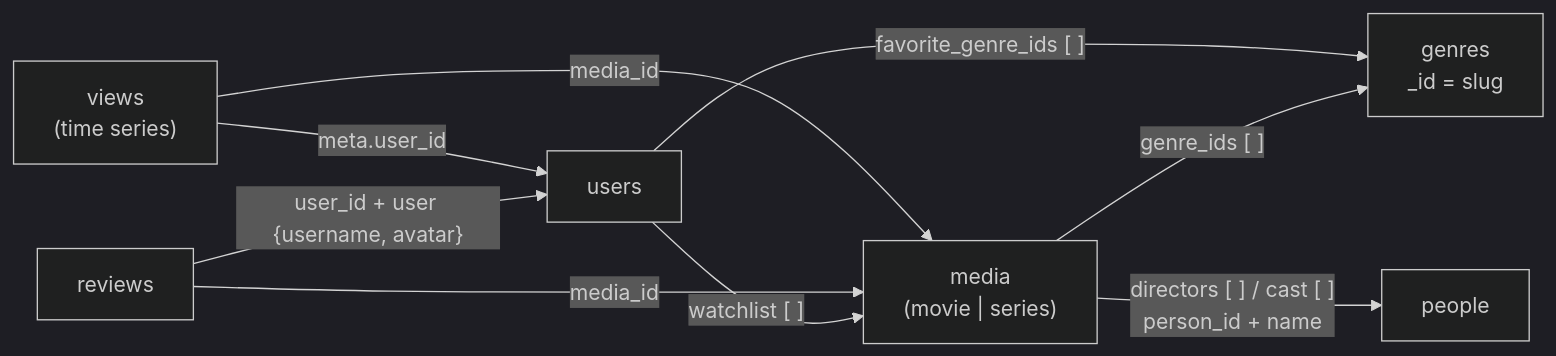
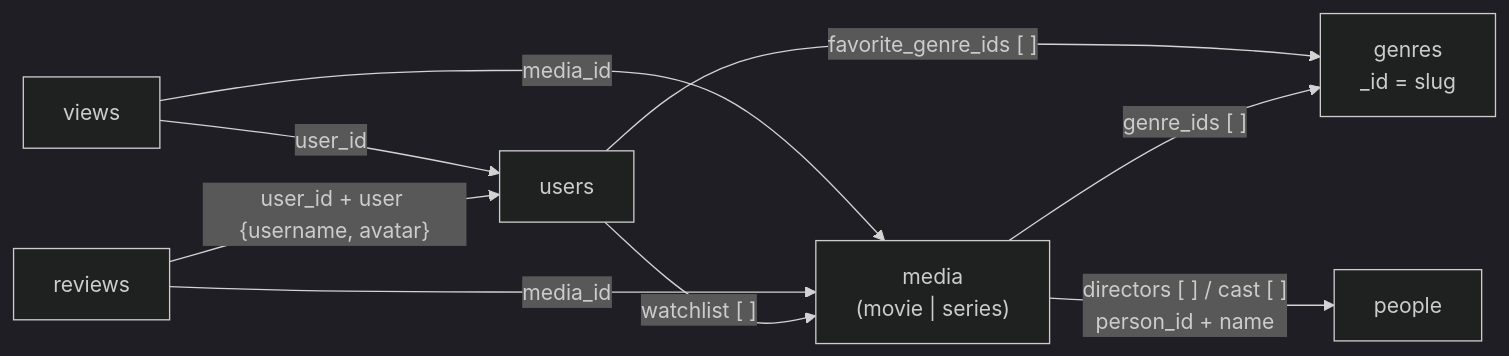
One commit to AugustoGiuffrida/Proyecto_DB2 changed the diagram in colecciones.md. Above: the diagram before and after it, drawn with Mermaid (dark theme). The commit also changed other lines of this file and 17 other files, not shown here.

````diff
--- a/colecciones.md
+++ b/colecciones.md
@@ -16,18 +16,18 @@
 ```mermaid
 flowchart LR
     genres["genres<br/>_id = slug"]
     people["people"]
     media["media<br/>(movie | series)"]
     users["users"]
     reviews["reviews"]
-    views["views<br/>(time series)"]
+    views["views"]
 
     media -- "genre_ids [ ]" --> genres
     media -- "directors [ ] / cast [ ]<br/>person_id + name" --> people
     users -- "watchlist [ ]" --> media
     users -- "favorite_genre_ids [ ]" --> genres
     reviews -- "media_id" --> media
     reviews -- "user_id + user {username, avatar}" --> users
     views -- "media_id" --> media
-    views -- "meta.user_id" --> users
+    views -- "user_id" --> users
 ```
````
